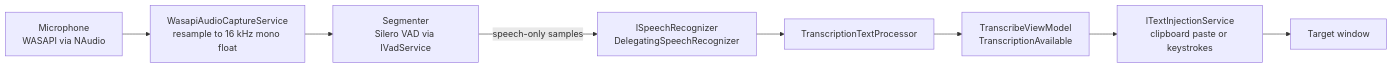
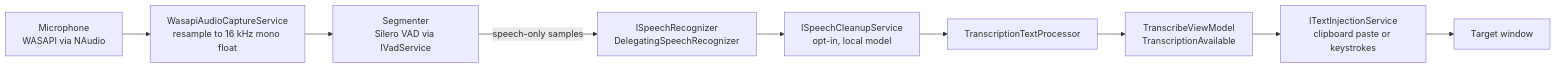
One commit to mdemin729/parlotype changed the first of 2 diagrams in docs/architecture/audio-pipeline.md. Above: the diagram before and after it, drawn with Mermaid. The commit also changed other lines of this file and 109 other files, not shown here.

First line of the commit message:
Speech cleanup with a local model (S1-mini, ADR-073) and a fix for the empty llama.cpp build list (#43)

````diff
--- a/docs/architecture/audio-pipeline.md
+++ b/docs/architecture/audio-pipeline.md
@@ -16,13 +16,14 @@
 ```mermaid
 flowchart LR
     MIC["Microphone<br/>WASAPI via NAudio"]
     CAP["WasapiAudioCaptureService<br/>resample to 16 kHz mono float"]
     SEG["Segmenter<br/>Silero VAD via IVadService"]
     REC["ISpeechRecognizer<br/>DelegatingSpeechRecognizer"]
+    CLEAN["ISpeechCleanupService<br/>opt-in, local model"]
     POST["TranscriptionTextProcessor"]
     VM["TranscribeViewModel<br/>TranscriptionAvailable"]
     INJ["ITextInjectionService<br/>clipboard paste or keystrokes"]
     WIN["Target window"]
 
-    MIC --> CAP --> SEG -- "speech-only samples" --> REC --> POST --> VM --> INJ --> WIN
+    MIC --> CAP --> SEG -- "speech-only samples" --> REC --> CLEAN --> POST --> VM --> INJ --> WIN
 ```
````
